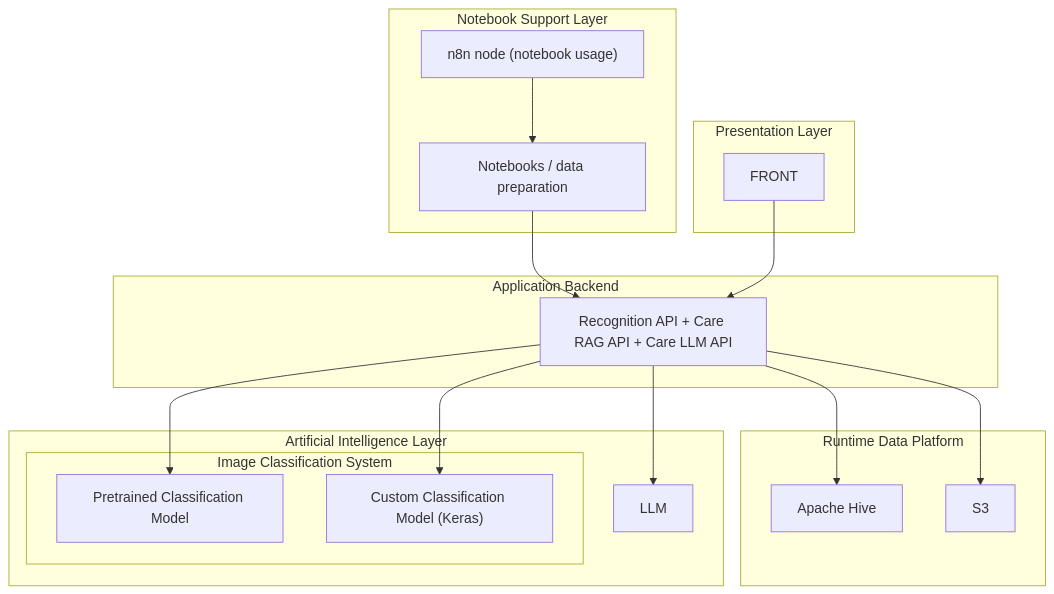
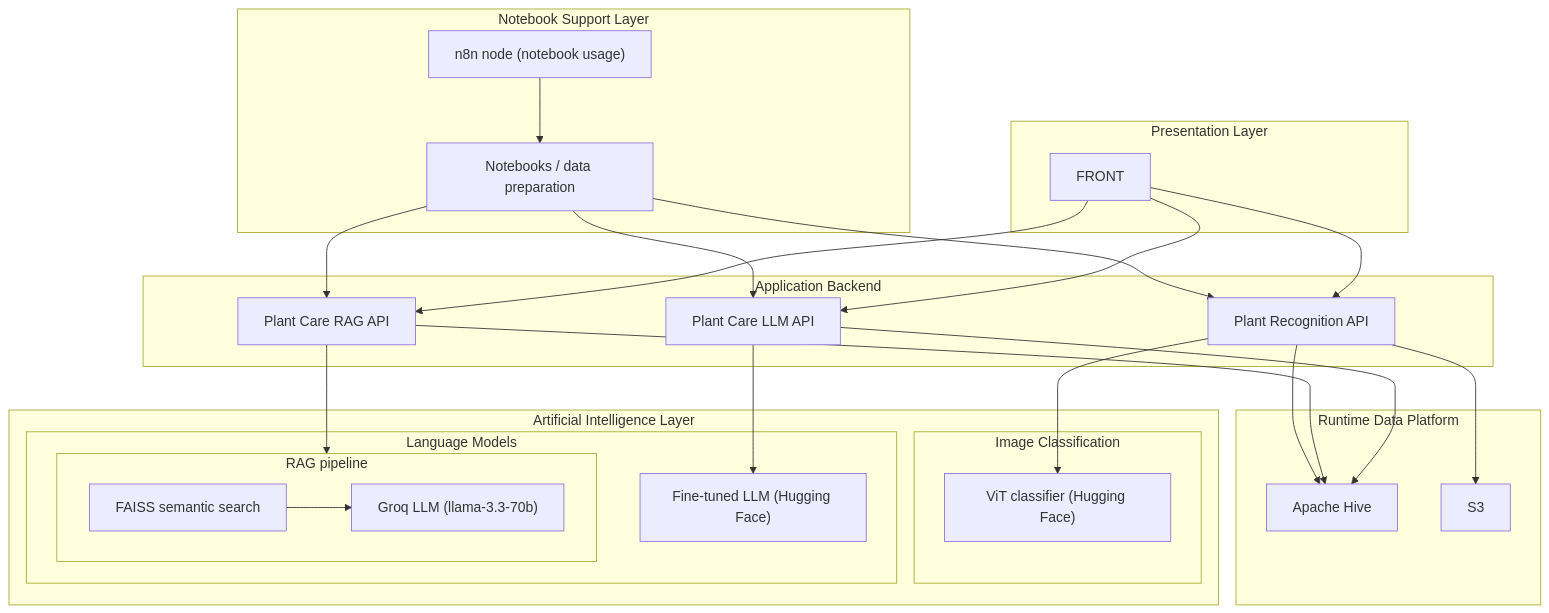
One commit to Gaia-IZV/Gaia changed the diagram in docs/README.md. Above: the diagram before and after it, drawn with Mermaid. The commit also changed other lines of this file and 10 other files, not shown here.

````diff
--- a/docs/README.md
+++ b/docs/README.md
@@ -5,59 +7,73 @@
 ```mermaid
 graph TD;
 
     %% ───────────────
     %% Notebooks / Preparation
     %% ───────────────
     subgraph PREP["Notebook Support Layer"]
         N8N["n8n node (notebook usage)"] --> NOTEBOOKS["Notebooks / data preparation"]
     end
 
 
     %% ───────────────
     %% Runtime Data Platform
     %% ───────────────
     subgraph BIGDATA["Runtime Data Platform"]
         HIVE["Apache Hive"]
         S3
     end
 
 
     %% ───────────────
     %% AI Models
     %% ───────────────
     subgraph AI["Artificial Intelligence Layer"]
 
-        LLM
+        subgraph CLASSIFICATION["Image Classification"]
+            VIT_MODEL["ViT classifier (Hugging Face)"]
+        end
 
-        subgraph CLASSIFICATION["Image Classification System"]
-            PRETRAINED_MODEL["Pretrained Classification Model"]
-            KERAS_MODEL["Custom Classification Model (Keras)"]
+        subgraph LLMS["Language Models"]
+            LLM_FT["Fine-tuned LLM (Hugging Face)"]
+            subgraph RAG_PIPELINE["RAG pipeline"]
+                FAISS["FAISS semantic search"]
+                GROQ_LLM["Groq LLM (llama-3.3-70b)"]
+                FAISS --> GROQ_LLM
+            end
         end
     end
 
 
     %% ───────────────
     %% Backend
     %% ───────────────
     subgraph BACKEND["Application Backend"]
-        API["Recognition API + Care RAG API + Care LLM API"]
+        REC_API["Plant Recognition API"]
+        CARE_RAG_API["Plant Care RAG API"]
+        CARE_LLM_API["Plant Care LLM API"]
     end
 
-    NOTEBOOKS --> API
-    API --> HIVE
-    API --> LLM
-    API --> PRETRAINED_MODEL
-    API --> KERAS_MODEL
-    API --> S3
+    NOTEBOOKS --> REC_API
+    NOTEBOOKS --> CARE_RAG_API
+    NOTEBOOKS --> CARE_LLM_API
+    REC_API --> HIVE
+    CARE_RAG_API --> HIVE
+    CARE_LLM_API --> HIVE
+    REC_API --> VIT_MODEL
+    REC_API --> S3
+    CARE_RAG_API --> RAG_PIPELINE
+    CARE_LLM_API --> LLM_FT
 
 
     %% ───────────────
     %% Frontend
     %% ───────────────
     subgraph FRONTEND["Presentation Layer"]
         FRONT
     end
 
-    FRONT --> API
+    FRONT --> REC_API
+    FRONT --> CARE_RAG_API
+    FRONT --> CARE_LLM_API
 
 ```
````
